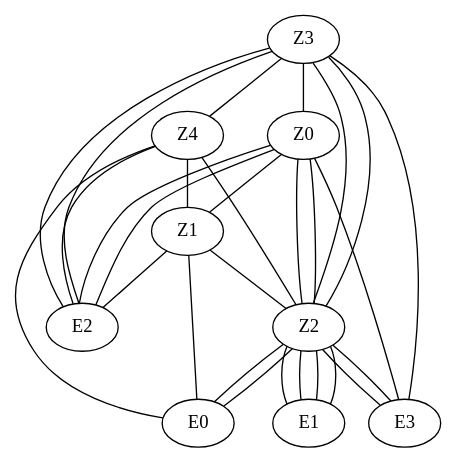
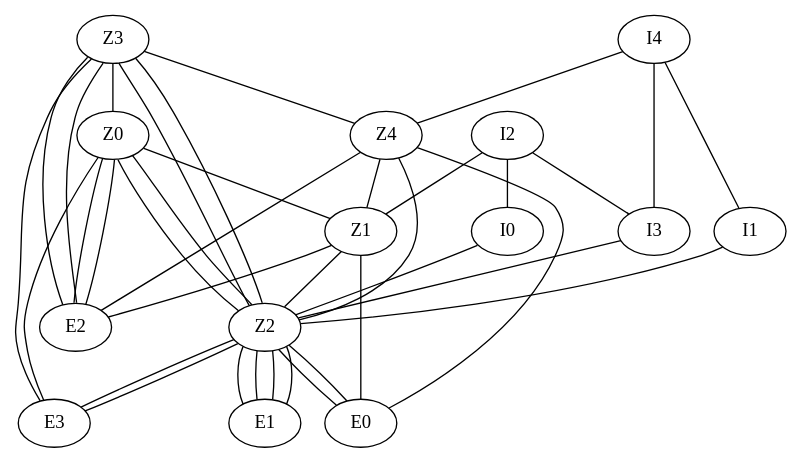
Before and after one commit to building-physics/airflownetwork-python: the diagram in examples/23.2/graphs/RoomAirflowNetwork.dot, drawn with Graphviz. The commit also changed 10 other files, not shown here.

```diff
--- a/examples/23.2/graphs/RoomAirflowNetwork.dot
+++ b/examples/23.2/graphs/RoomAirflowNetwork.dot
@@ -1,30 +1,39 @@
 graph linkages {
 Z0 -- E2
 Z0 -- E2
 Z0 -- E3
 Z0 -- Z2
 Z0 -- Z2
 Z0 -- Z1
 Z1 -- E2
 Z1 -- E0
 Z1 -- Z2
 Z2 -- E3
 Z2 -- E1
 Z2 -- E1
 Z2 -- E0
 Z3 -- E2
 Z3 -- E2
 Z3 -- E3
 Z3 -- Z2
 Z3 -- Z2
 Z3 -- Z4
 Z4 -- E2
 Z4 -- E0
 Z4 -- Z2
 Z2 -- E3
 Z2 -- E1
 Z2 -- E1
 Z2 -- E0
 Z4 -- Z1
 Z3 -- Z0
+I0 -- Z2
+I1 -- Z2
+I2 -- Z1
+I2 -- I3
+I4 -- I3
+I4 -- Z4
+I3 -- Z2
+I2 -- I0
+I4 -- I1
 }
```
